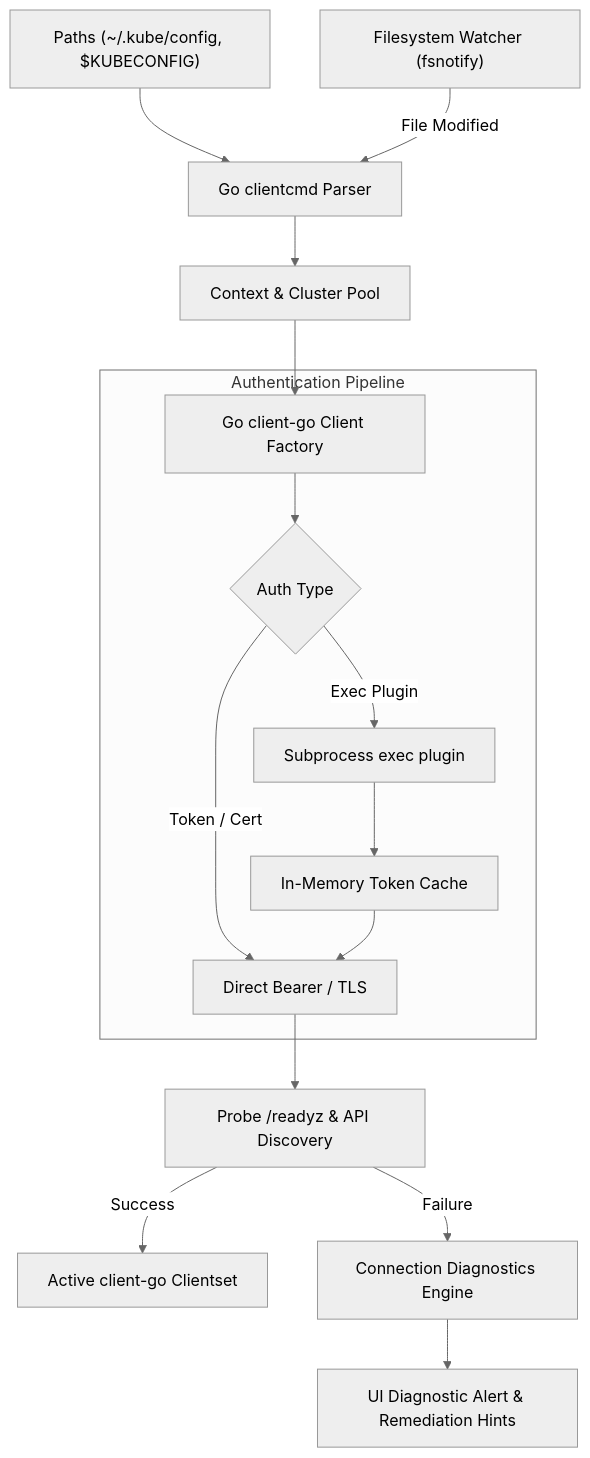
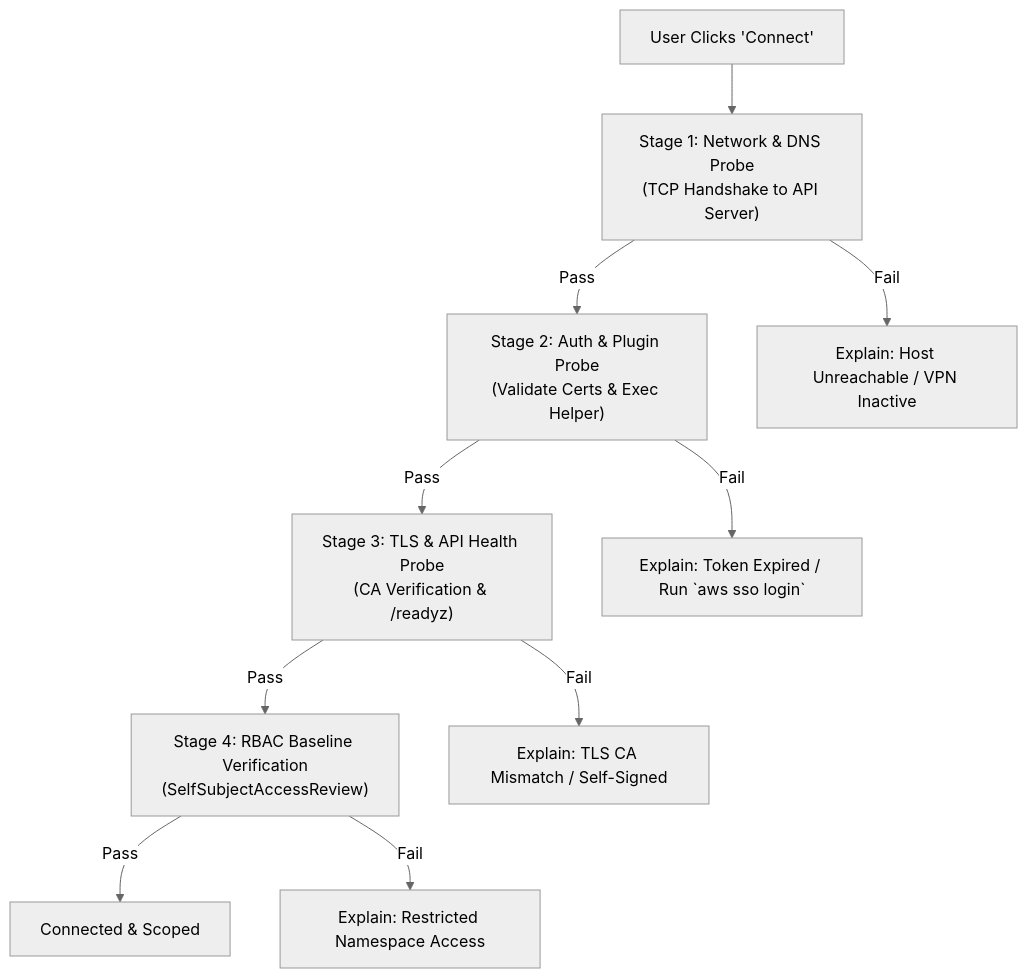
Before and after one commit to PorKeat/KubeView: the diagram in docs/phases/phase-02-connectivity.md, drawn with Mermaid (neutral theme). The commit also changed other lines of this file and 2 other files, not shown here.

Commit message:
docs: add agentless first-run experience and automated diagnostic pipeline

````diff
--- a/docs/phases/phase-02-connectivity.md
+++ b/docs/phases/phase-02-connectivity.md
@@ -55,21 +46,13 @@
 ```mermaid
 flowchart TD
-    ConfigPaths["Paths (~/.kube/config, $KUBECONFIG)"] --> Parser["Go clientcmd Parser"]
-    FSWatcher["Filesystem Watcher (fsnotify)"] -->|File Modified| Parser
-    Parser --> ContextStore["Context & Cluster Pool"]
+    Start["User Clicks 'Connect'"] --> P1["Stage 1: Network & DNS Probe<br/>(TCP Handshake to API Server)"]
+    P1 -->|Pass| P2["Stage 2: Auth & Plugin Probe<br/>(Validate Certs & Exec Helper)"]
+    P2 -->|Pass| P3["Stage 3: TLS & API Health Probe<br/>(CA Verification & /readyz)"]
+    P3 -->|Pass| P4["Stage 4: RBAC Baseline Verification<br/>(SelfSubjectAccessReview)"]
+    P4 -->|Pass| Success["Connected & Scoped"]
 
-    ContextStore --> ClientFactory["Go client-go Client Factory"]
-
-    subgraph AuthPipeline ["Authentication Pipeline"]
-        ClientFactory --> CheckAuthType{"Auth Type"}
-        CheckAuthType -->|Token / Cert| DirectAuth["Direct Bearer / TLS"]
-        CheckAuthType -->|Exec Plugin| SubprocessExec["Subprocess exec plugin"]
-        SubprocessExec --> TokenCache["In-Memory Token Cache"]
-        TokenCache --> DirectAuth
-    end
-
-    DirectAuth --> APIProbe["Probe /readyz & API Discovery"]
-    APIProbe -->|Success| ActiveClient["Active client-go Clientset"]
-    APIProbe -->|Failure| DiagnosticEngine["Connection Diagnostics Engine"]
-    DiagnosticEngine --> ErrorToast["UI Diagnostic Alert & Remediation Hints"]
+    P1 -->|Fail| E1["Explain: Host Unreachable / VPN Inactive"]
+    P2 -->|Fail| E2["Explain: Token Expired / Run `aws sso login`"]
+    P3 -->|Fail| E3["Explain: TLS CA Mismatch / Self-Signed"]
+    P4 -->|Fail| E4["Explain: Restricted Namespace Access"]
 ```
````
